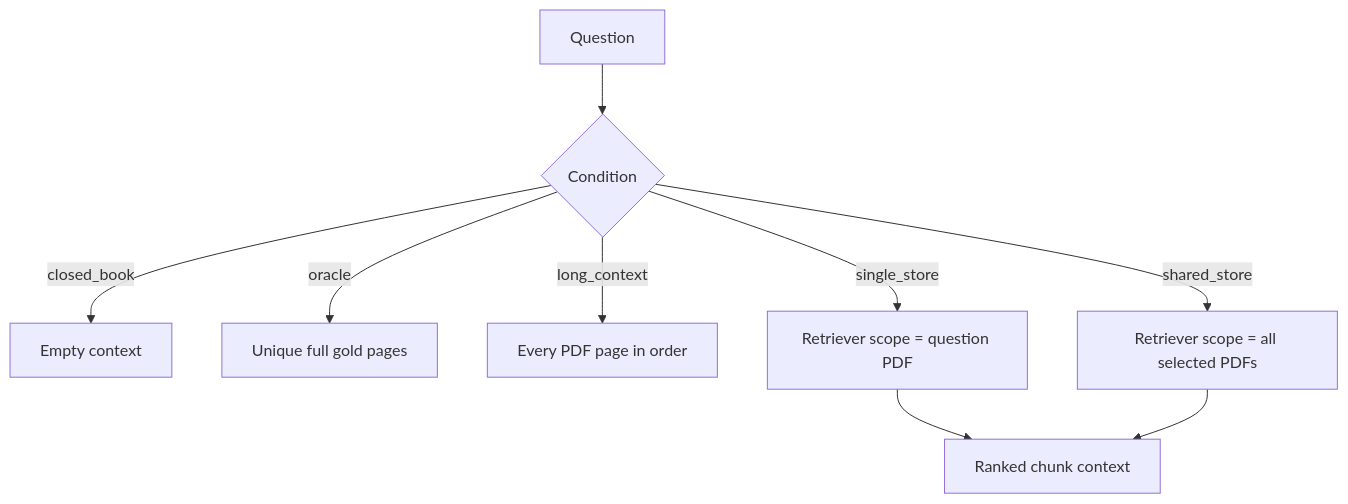
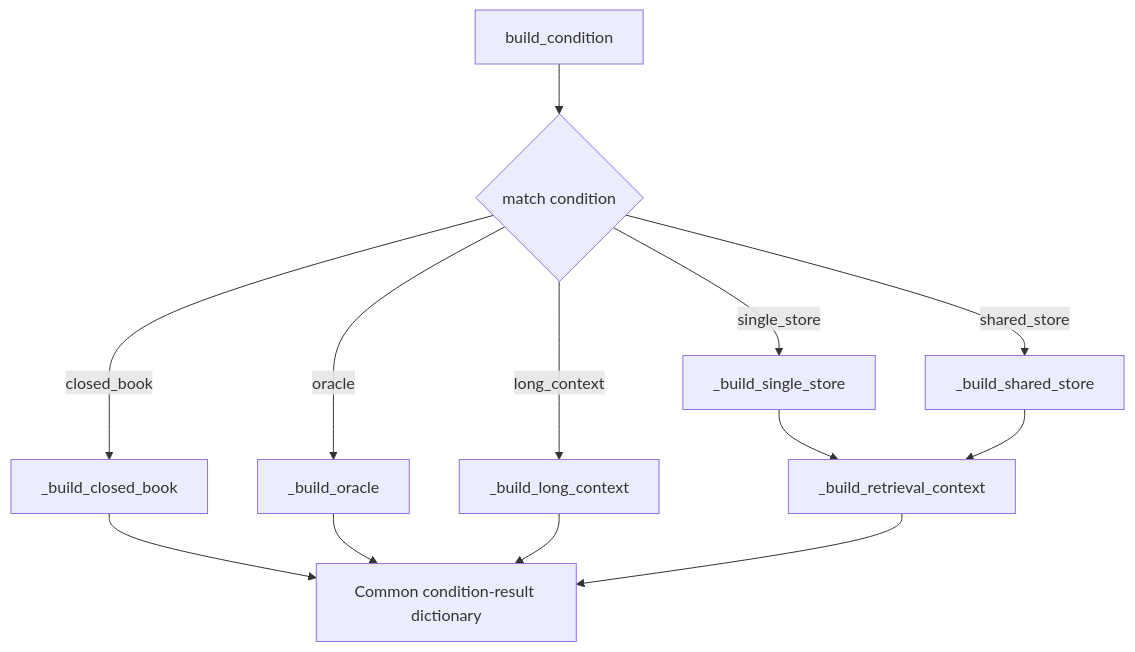
The fourth of 9 diagrams in docs sys design/benchmark/FinanceBench Implementation Guide.md (14zhasim/Agentic_RAG), drawn with Mermaid before and after one commit. The commit also changed other lines of this file and 86 other files, not shown here.

````diff
--- a/docs sys design/benchmark/FinanceBench Implementation Guide.md
+++ b/docs sys design/benchmark/FinanceBench Implementation Guide.md
@@ -380,11 +561,15 @@
 ```mermaid
 flowchart TD
-    Q[Question] --> C{Condition}
-    C -->|closed_book| CB[Empty context]
-    C -->|oracle| O[Unique full gold pages]
-    C -->|long_context| L[Every PDF page in order]
-    C -->|single_store| S[Retriever scope = question PDF]
-    C -->|shared_store| SS[Retriever scope = all selected PDFs]
-    S --> R[Ranked chunk context]
+    Q[build_condition] --> C{match condition}
+    C -->|closed_book| CB[_build_closed_book]
+    C -->|oracle| O[_build_oracle]
+    C -->|long_context| L[_build_long_context]
+    C -->|single_store| S[_build_single_store]
+    C -->|shared_store| SS[_build_shared_store]
+    S --> R[_build_retrieval_context]
     SS --> R
+    CB --> OUT[Common condition-result dictionary]
+    O --> OUT
+    L --> OUT
+    R --> OUT
 ```
````
